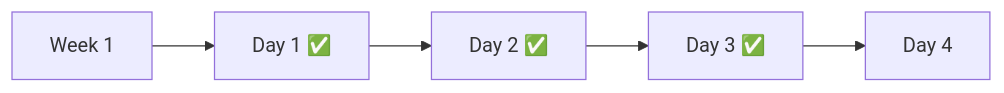
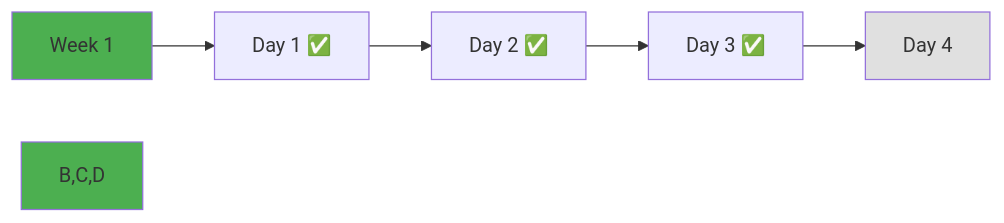
Before and after one commit to niceguy61/kdt_devops_lecture_2025: the ninth of 9 diagrams in theory/week_01/day3/README.md, drawn with Mermaid. The commit also changed 26 other files, not shown here.

````diff
--- a/theory/week_01/day3/README.md
+++ b/theory/week_01/day3/README.md
@@ -579,7 +579,11 @@
 ```mermaid
 graph LR
     A[Week 1] --> B[Day 1 ✅]
     B --> C[Day 2 ✅]
     C --> D[Day 3 ✅]
     D --> E[Day 4]
+    
+    style A fill:#4caf50
+    style B,C,D fill:#4caf50
+    style E fill:#e0e0e0
 ```
````
